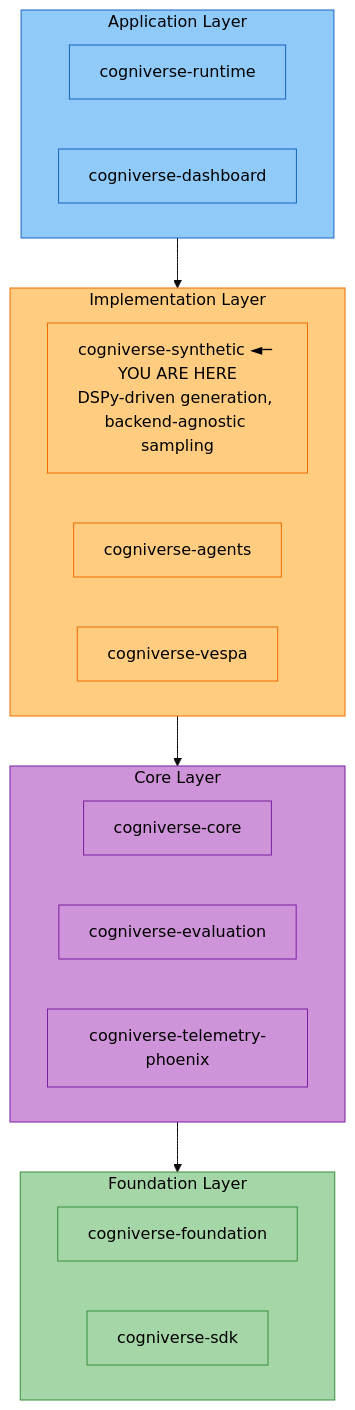
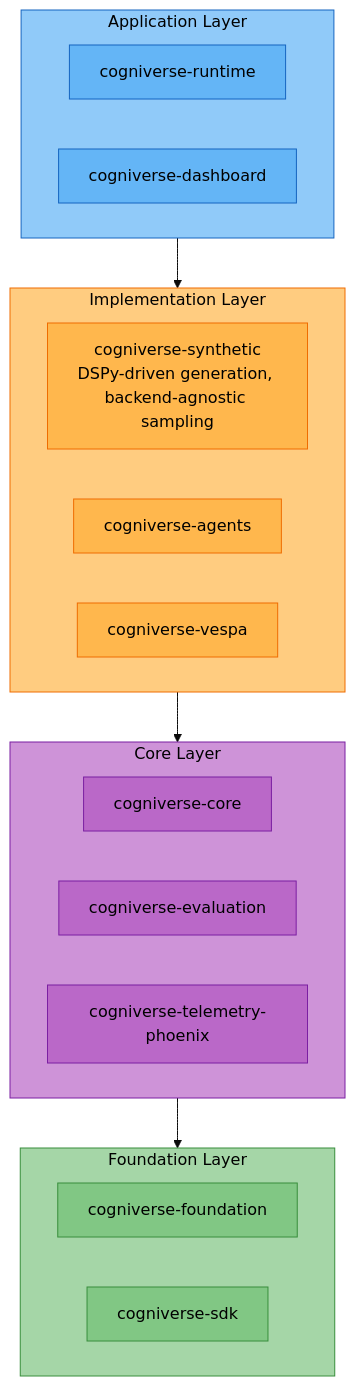
Before and after one commit to amit-jain/cogniverse: the diagram in docs/modules/synthetic.md, drawn with Mermaid (base theme). The commit also changed other lines of this file and 11 other files, not shown here.

Commit message:
Require real backend and agent labelers in SyntheticDataService

````diff
--- a/docs/modules/synthetic.md
+++ b/docs/modules/synthetic.md
@@ -377,43 +837,43 @@
 ```mermaid
 flowchart TB
     subgraph AppLayer["<span style='color:#000'>Application Layer</span>"]
         Runtime["<span style='color:#000'>cogniverse-runtime</span>"]
         Dashboard["<span style='color:#000'>cogniverse-dashboard</span>"]
     end
 
     subgraph ImplLayer["<span style='color:#000'>Implementation Layer</span>"]
-        Synthetic["<span style='color:#000'>cogniverse-synthetic ◄─ YOU ARE HERE<br/>DSPy-driven generation, backend-agnostic sampling</span>"]
+        Synthetic["<span style='color:#000'>cogniverse-synthetic<br/>DSPy-driven generation, backend-agnostic sampling</span>"]
         Agents["<span style='color:#000'>cogniverse-agents</span>"]
         Vespa["<span style='color:#000'>cogniverse-vespa</span>"]
     end
 
     subgraph CoreLayer["<span style='color:#000'>Core Layer</span>"]
         Core["<span style='color:#000'>cogniverse-core</span>"]
         Evaluation["<span style='color:#000'>cogniverse-evaluation</span>"]
         Telemetry["<span style='color:#000'>cogniverse-telemetry-phoenix</span>"]
     end
 
     subgraph FoundationLayer["<span style='color:#000'>Foundation Layer</span>"]
         Foundation["<span style='color:#000'>cogniverse-foundation</span>"]
         SDK["<span style='color:#000'>cogniverse-sdk</span>"]
     end
 
     AppLayer --> ImplLayer
     ImplLayer --> CoreLayer
     CoreLayer --> FoundationLayer
 
     style AppLayer fill:#90caf9,stroke:#1565c0,color:#000
-    style Runtime fill:#90caf9,stroke:#1565c0,color:#000
-    style Dashboard fill:#90caf9,stroke:#1565c0,color:#000
+    style Runtime fill:#64b5f6,stroke:#1565c0,color:#000
+    style Dashboard fill:#64b5f6,stroke:#1565c0,color:#000
     style ImplLayer fill:#ffcc80,stroke:#ef6c00,color:#000
-    style Synthetic fill:#ffcc80,stroke:#ef6c00,color:#000
-    style Agents fill:#ffcc80,stroke:#ef6c00,color:#000
-    style Vespa fill:#ffcc80,stroke:#ef6c00,color:#000
+    style Synthetic fill:#ffb74d,stroke:#ef6c00,color:#000
+    style Agents fill:#ffb74d,stroke:#ef6c00,color:#000
+    style Vespa fill:#ffb74d,stroke:#ef6c00,color:#000
     style CoreLayer fill:#ce93d8,stroke:#7b1fa2,color:#000
-    style Core fill:#ce93d8,stroke:#7b1fa2,color:#000
-    style Evaluation fill:#ce93d8,stroke:#7b1fa2,color:#000
-    style Telemetry fill:#ce93d8,stroke:#7b1fa2,color:#000
+    style Core fill:#ba68c8,stroke:#7b1fa2,color:#000
+    style Evaluation fill:#ba68c8,stroke:#7b1fa2,color:#000
+    style Telemetry fill:#ba68c8,stroke:#7b1fa2,color:#000
     style FoundationLayer fill:#a5d6a7,stroke:#388e3c,color:#000
-    style Foundation fill:#a5d6a7,stroke:#388e3c,color:#000
-    style SDK fill:#a5d6a7,stroke:#388e3c,color:#000
+    style Foundation fill:#81c784,stroke:#388e3c,color:#000
+    style SDK fill:#81c784,stroke:#388e3c,color:#000
 ```
````
